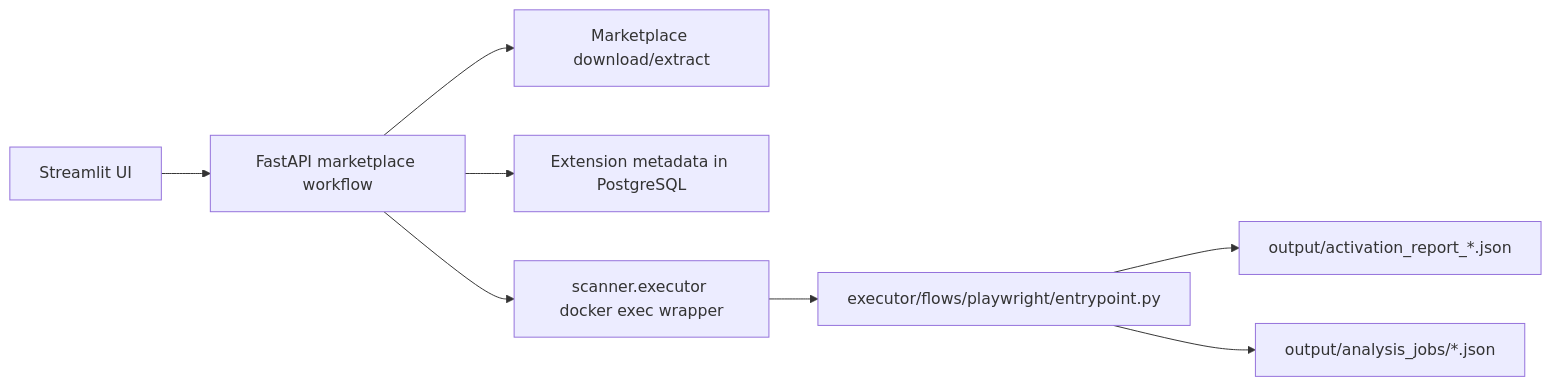
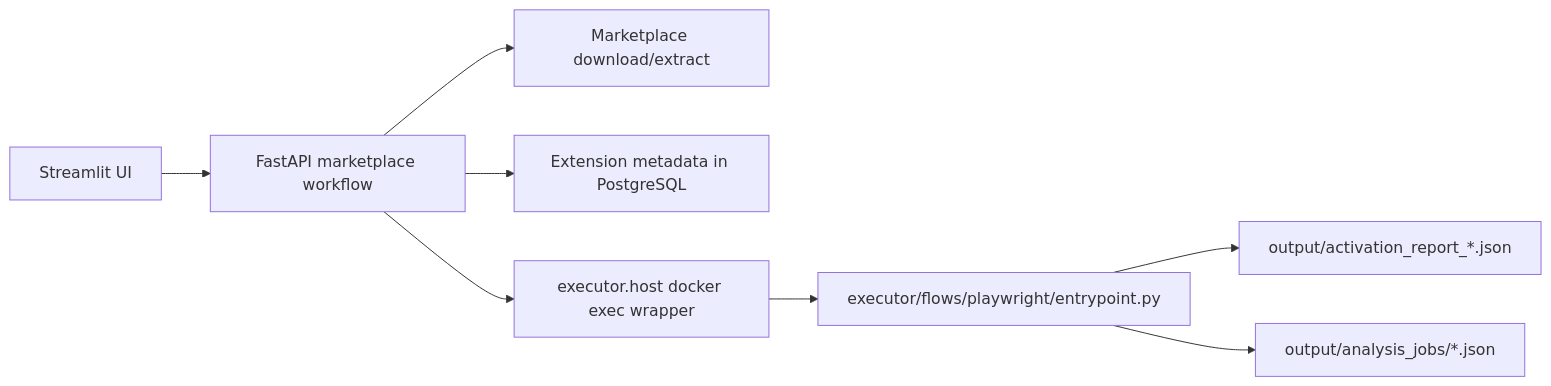
One commit to Ekremunalytu/automation_enviroment changed the diagram in documents/PIPELINE_ROADMAP.md. Above: the diagram before and after it, drawn with Mermaid. The commit also changed 73 other files, not shown here.

````diff
--- a/documents/PIPELINE_ROADMAP.md
+++ b/documents/PIPELINE_ROADMAP.md
@@ -9,10 +9,10 @@
 ```mermaid
 flowchart LR
     UI["Streamlit UI"] --> API["FastAPI marketplace workflow"]
     API --> Download["Marketplace download/extract"]
     API --> DB["Extension metadata in PostgreSQL"]
-    API --> Exec["scanner.executor docker exec wrapper"]
+    API --> Exec["executor.host docker exec wrapper"]
     Exec --> Sandbox["executor/flows/playwright/entrypoint.py"]
     Sandbox --> Reports["output/activation_report_*.json"]
     Sandbox --> Jobs["output/analysis_jobs/*.json"]
 ```
````
